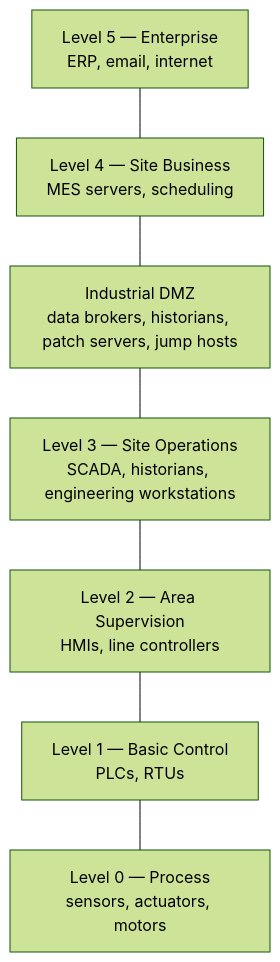
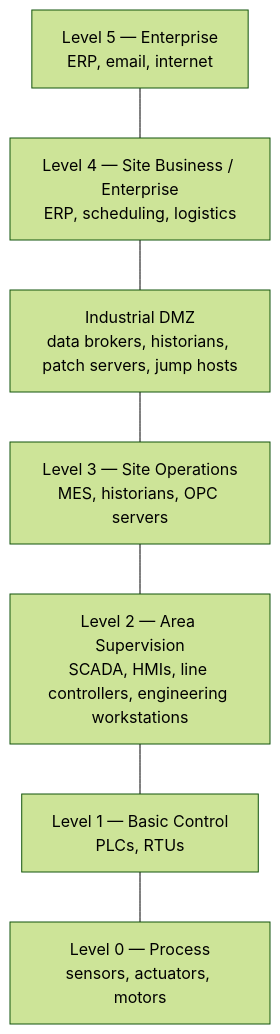
The first of 2 diagrams in content/blog/securing-ot-networks-opcua-purdue/index.md (blanpa/blanpa.github.io), drawn with Mermaid (forest theme) before and after one commit. The commit also changed 16 other files, not shown here.

````diff
--- a/content/blog/securing-ot-networks-opcua-purdue/index.md
+++ b/content/blog/securing-ot-networks-opcua-purdue/index.md
@@ -35,16 +35,16 @@
 ```mermaid
 flowchart TB
     L5["Level 5 — Enterprise<br/>ERP, email, internet"]
-    L4["Level 4 — Site Business<br/>MES servers, scheduling"]
+    L4["Level 4 — Site Business / Enterprise<br/>ERP, scheduling, logistics"]
     DMZ["Industrial DMZ<br/>data brokers, historians, patch servers, jump hosts"]
-    L3["Level 3 — Site Operations<br/>SCADA, historians, engineering workstations"]
-    L2["Level 2 — Area Supervision<br/>HMIs, line controllers"]
+    L3["Level 3 — Site Operations<br/>MES, historians, OPC servers"]
+    L2["Level 2 — Area Supervision<br/>SCADA, HMIs, line controllers, engineering workstations"]
     L1["Level 1 — Basic Control<br/>PLCs, RTUs"]
     L0["Level 0 — Process<br/>sensors, actuators, motors"]
     L5 --- L4
     L4 --- DMZ
     DMZ --- L3
     L3 --- L2
     L2 --- L1
     L1 --- L0
 ```
````
